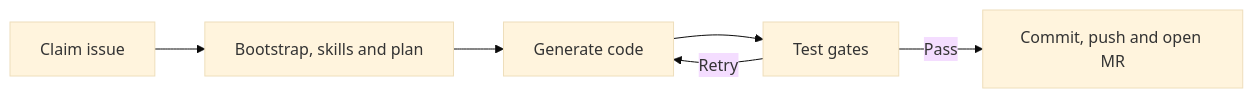
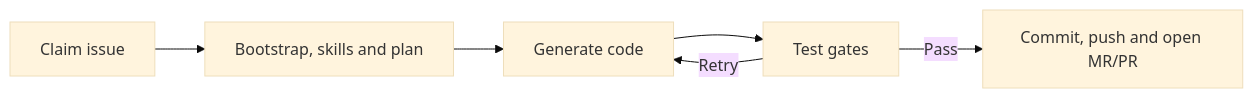
One commit to samettemizer/nesti changed the diagram in README.md. Above: the diagram before and after it, drawn with Mermaid (base theme). The commit also changed other lines of this file and 3 other files, not shown here.

````diff
--- a/README.md
+++ b/README.md
@@ -21,8 +22,8 @@
 ```mermaid
 flowchart LR
     A[Claim issue] --> B[Bootstrap, skills and plan]
     B --> C[Generate code]
     C --> D[Test gates]
-    D -->|Pass| E[Commit, push and open MR]
+    D -->|Pass| E[Commit, push and open MR/PR]
     D -->|Retry| C
 ```
````
